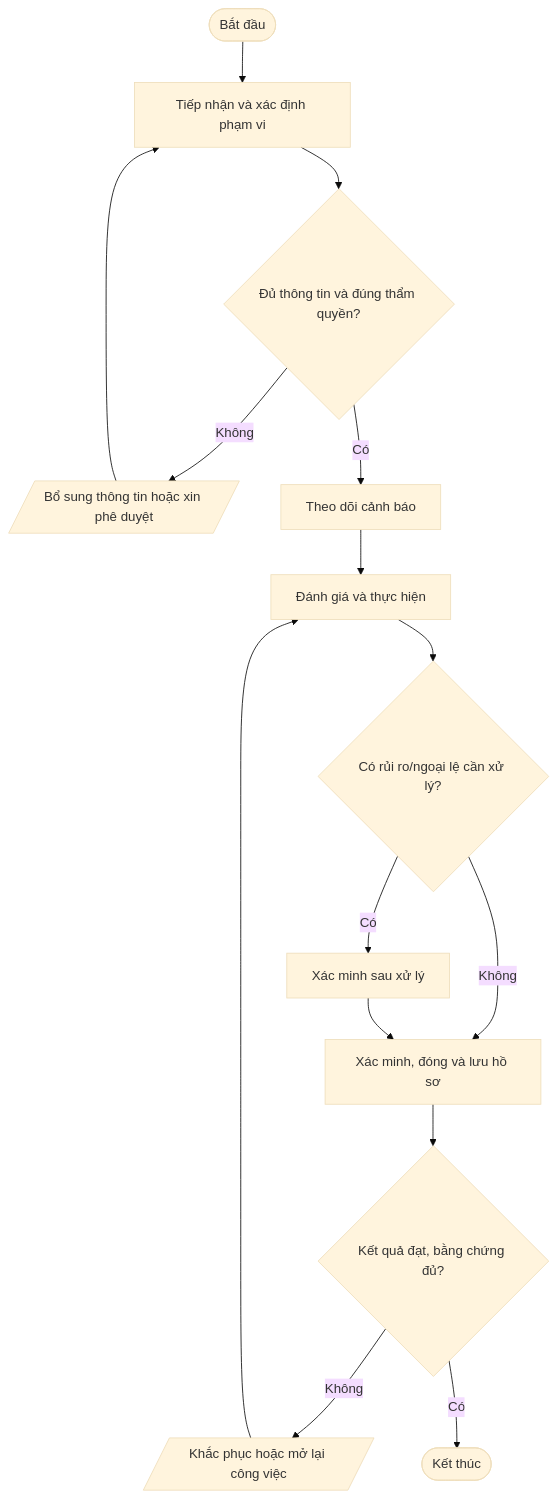
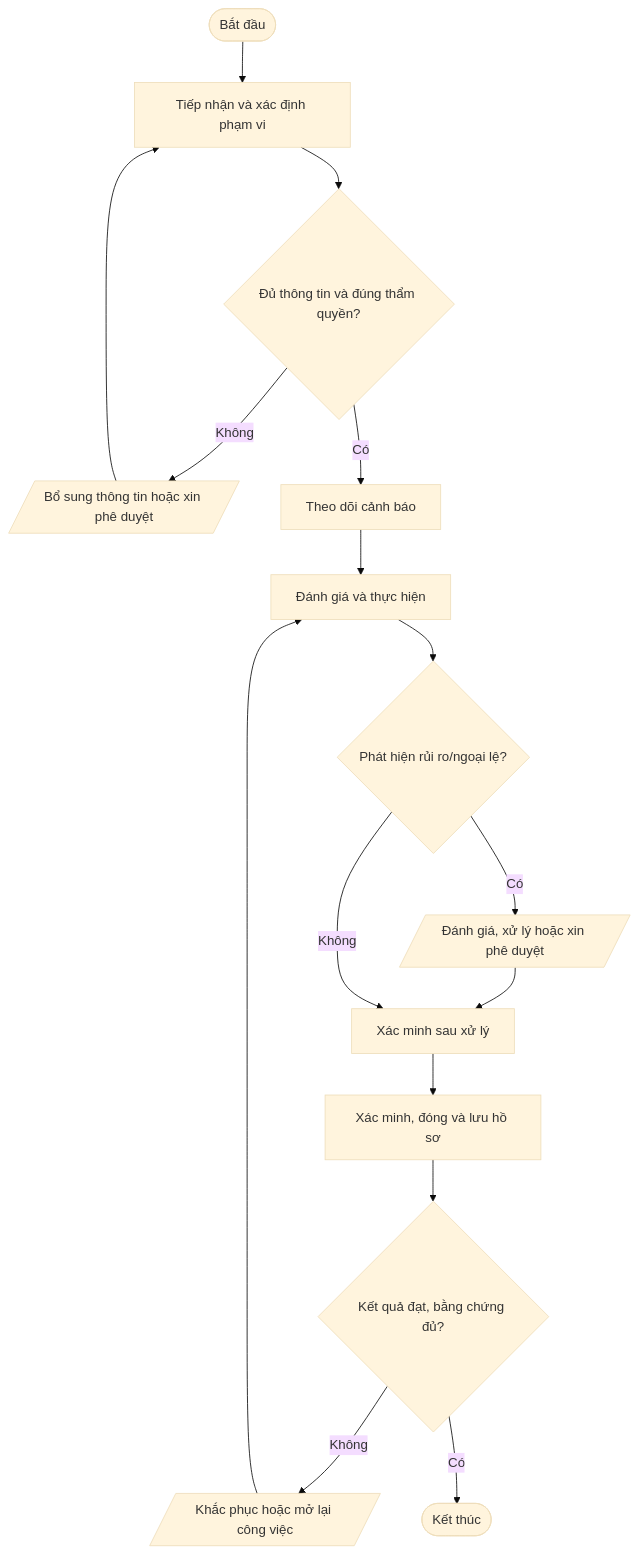
The eighth of 9 diagrams in quy-trinh/02-Van-hanh-IT/README.md (daoaigiangnam/Quy_Trinh_Chuan), drawn with Mermaid (base theme) before and after one commit. The commit also changed other lines of this file, not shown here.

Commit message:
docs: correct procedure flowchart decision paths

````diff
--- a/quy-trinh/02-Van-hanh-IT/README.md
+++ b/quy-trinh/02-Van-hanh-IT/README.md
@@ -671,17 +678,18 @@
 ```mermaid
 flowchart TD
   A([Bắt đầu]) --> S1["Tiếp nhận và xác định phạm vi"]
   S1 --> D1{"Đủ thông tin và đúng thẩm quyền?"}
   D1 -- Không --> F1[/"Bổ sung thông tin hoặc xin phê duyệt"/]
   F1 --> S1
   D1 -- Có --> S2["Theo dõi cảnh báo"]
   S2 --> S3["Đánh giá và thực hiện"]
-  S3 --> D2{"Có rủi ro/ngoại lệ cần xử lý?"}
-  D2 -- Có --> S4["Xác minh sau xử lý"]
-  D2 -- Không --> S5["Xác minh, đóng và lưu hồ sơ"]
-  S4 --> S5
+  S3 --> D2{"Phát hiện rủi ro/ngoại lệ?"}
+  D2 -- Có --> RISK[/"Đánh giá, xử lý hoặc xin phê duyệt"/]
+  RISK --> S4["Xác minh sau xử lý"]
+  D2 -- Không --> S4
+  S4 --> S5["Xác minh, đóng và lưu hồ sơ"]
   S5 --> D3{"Kết quả đạt, bằng chứng đủ?"}
   D3 -- Không --> R[/"Khắc phục hoặc mở lại công việc"/]
   R --> S3
   D3 -- Có --> Z([Kết thúc])
 ```
````
